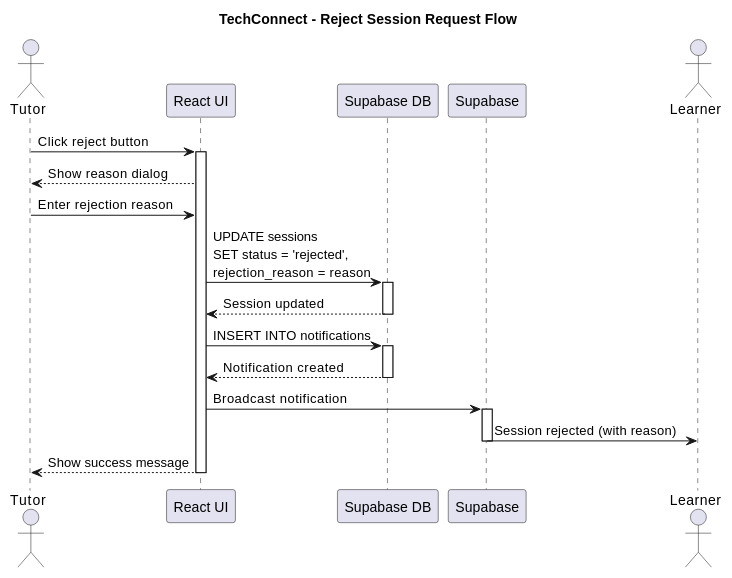
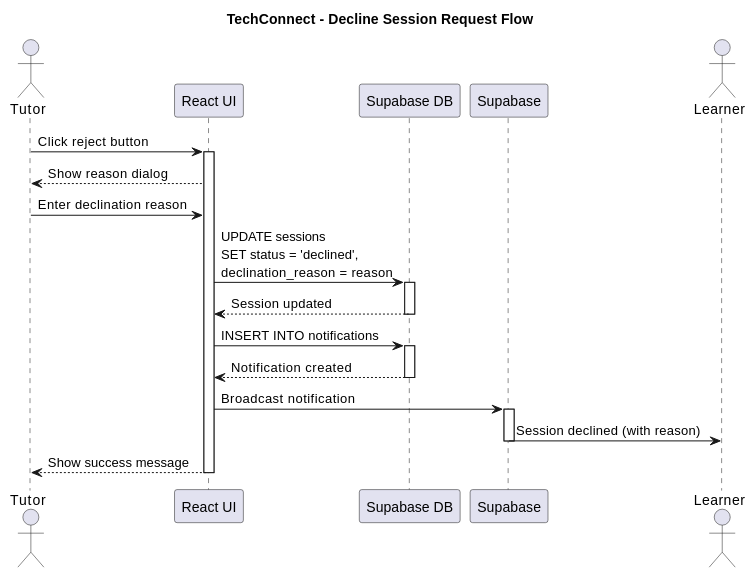
Diagram 14 of 20 in diagrams/02-session-management-diagrams.md (SCLK-0/techconnect), drawn with PlantUML before and after one commit. The commit also changed other lines of this file and 33 other files, not shown here.

First line of the commit message:
Rename 'rejected' to 'declined' throughout codebase for better UX

````diff
--- a/diagrams/02-session-management-diagrams.md
+++ b/diagrams/02-session-management-diagrams.md
@@ -474,35 +474,35 @@
 ```plantuml
 @startuml
 
-title TechConnect - Reject Session Request Flow
+title TechConnect - Decline Session Request Flow
 
 actor Tutor
 participant "React UI" as React
 participant "Supabase DB" as DB
 participant "Supabase" as Realtime
 actor Learner
 
 Tutor -> React: Click reject button
 activate React
 React --> Tutor: Show reason dialog
-Tutor -> React: Enter rejection reason
-React -> DB: UPDATE sessions\nSET status = 'rejected',\nrejection_reason = reason
+Tutor -> React: Enter declination reason
+React -> DB: UPDATE sessions\nSET status = 'declined',\ndeclination_reason = reason
 activate DB
 DB --> React: Session updated
 deactivate DB
 
 React -> DB: INSERT INTO notifications
 activate DB
 DB --> React: Notification created
 deactivate DB
 
 React -> Realtime: Broadcast notification
 activate Realtime
-Realtime -> Learner: Session rejected (with reason)
+Realtime -> Learner: Session declined (with reason)
 deactivate Realtime
 
 React --> Tutor: Show success message
 deactivate React
 
 @enduml
 ```
````
